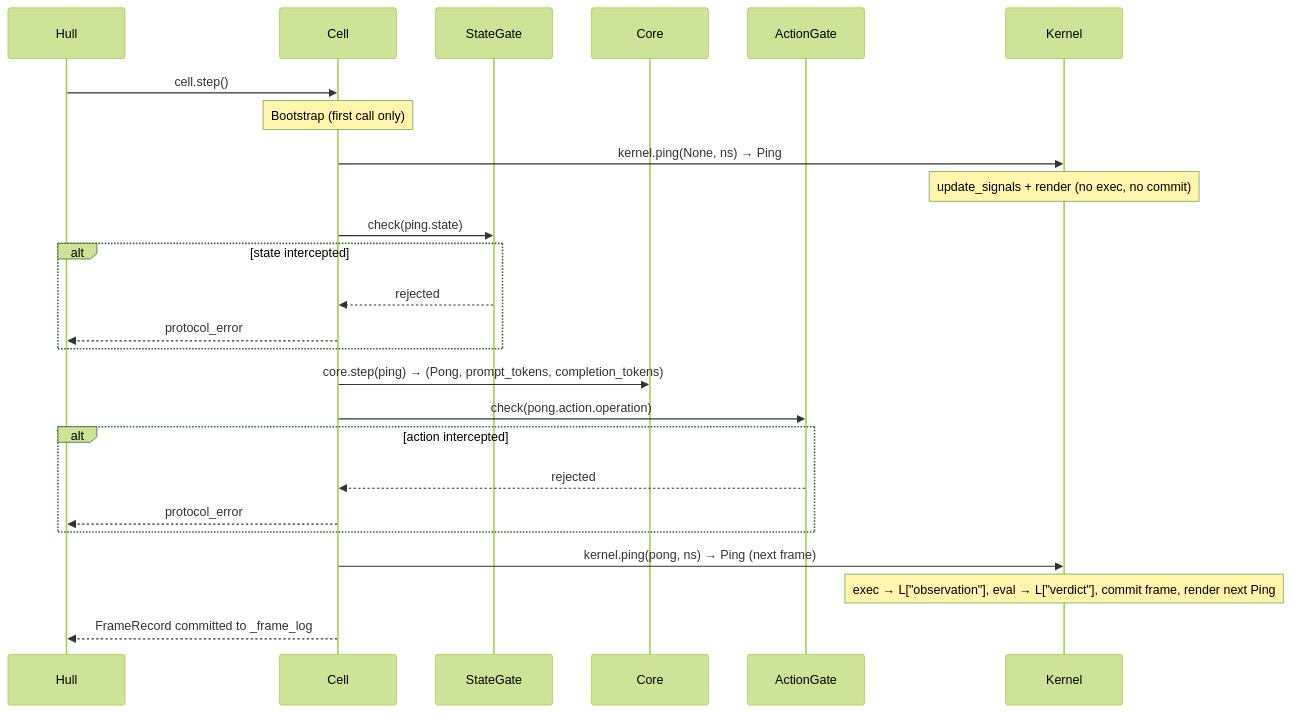
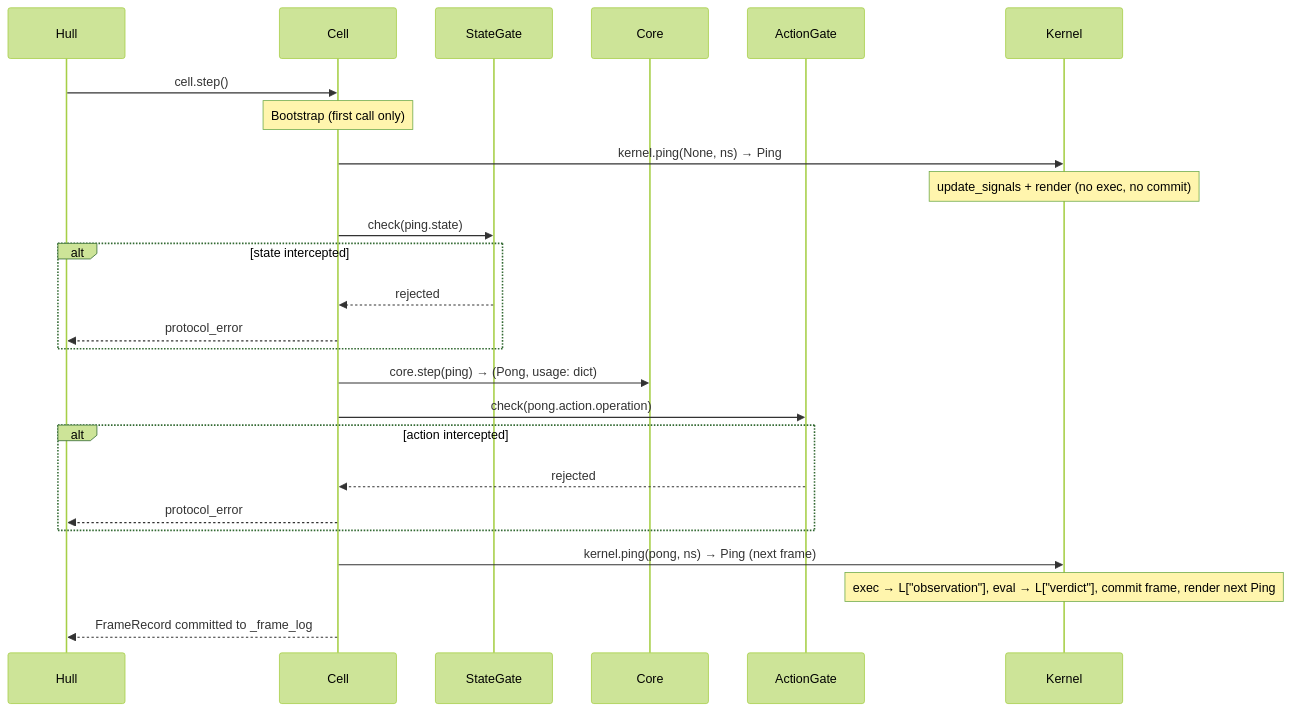
Before and after one commit to vessal-ai/vessal: the diagram in src/vessal/ark/shell/hull/cell/README.md, drawn with Mermaid (forest theme). The commit also changed other lines of this file and 4 other files, not shown here.

````diff
--- a/src/vessal/ark/shell/hull/cell/README.md
+++ b/src/vessal/ark/shell/hull/cell/README.md
@@ -27,32 +27,32 @@
 ```mermaid
 sequenceDiagram
     participant Hull
     participant Cell
     participant StateGate
     participant Core
     participant ActionGate
     participant Kernel
 
     Hull->>Cell: cell.step()
 
     Note over Cell: Bootstrap (first call only)
     Cell->>Kernel: kernel.ping(None, ns) → Ping
     Note over Kernel: update_signals + render (no exec, no commit)
 
     Cell->>StateGate: check(ping.state)
     alt state intercepted
         StateGate-->>Cell: rejected
         Cell-->>Hull: protocol_error
     end
 
-    Cell->>Core: core.step(ping) → (Pong, prompt_tokens, completion_tokens)
+    Cell->>Core: core.step(ping) → (Pong, usage: dict)
     Cell->>ActionGate: check(pong.action.operation)
     alt action intercepted
         ActionGate-->>Cell: rejected
         Cell-->>Hull: protocol_error
     end
 
     Cell->>Kernel: kernel.ping(pong, ns) → Ping (next frame)
     Note over Kernel: exec → L["observation"], eval → L["verdict"], commit frame, render next Ping
     Cell-->>Hull: FrameRecord committed to _frame_log
 ```
````
